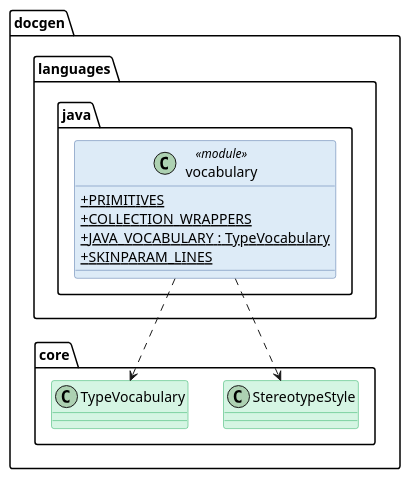
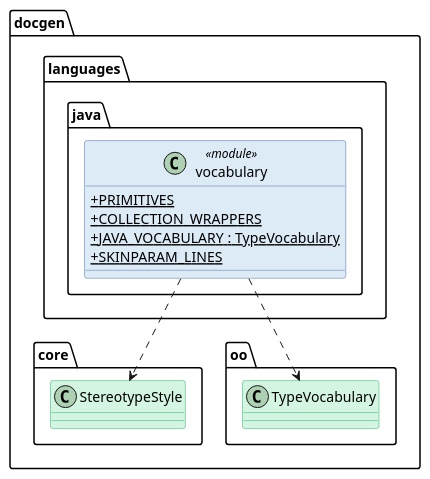
Before and after one commit to Boulede987/DocGeneration: the diagram in docs/Modelisation/ClassDiagram-Full/docgen/languages/java/vocabulary.puml, drawn with PlantUML. The commit also changed 129 other files, not shown here.

First line of the commit message:
refactor(core): make the core a pure UML model; languages compute relations

```diff
--- a/docs/Modelisation/ClassDiagram-Full/docgen/languages/java/vocabulary.puml
+++ b/docs/Modelisation/ClassDiagram-Full/docgen/languages/java/vocabulary.puml
@@ -1,47 +1,47 @@
 @startuml vocabulary
 
 skinparam classAttributeIconSize 0
 skinparam shadowing false
 
 skinparam class {
   BackgroundColor<<interface>> #D6EAF8
   BorderColor<<interface>> #2E86C1
 }
 skinparam class {
   BackgroundColor<<abstract>> #E8DAEF
   BorderColor<<abstract>> #8E44AD
 }
 skinparam class {
   BackgroundColor #D5F5E3
   BorderColor #27AE60
 }
 skinparam class {
   BackgroundColor<<dataclass>> #FCF3CF
   BorderColor<<dataclass>> #B7950B
 }
 skinparam class {
   BackgroundColor<<module>> #DDEBF7
   BorderColor<<module>> #4A6FA5
 }
 skinparam class {
   BackgroundColor<<static>> #a7faa0
   BorderColor<<static>> #38d610
 }
 skinparam class {
   BackgroundColor<<enum>> #F5B7B1
   BorderColor<<enum>> #C0392B
 }
 
 namespace docgen.languages.java {
 class vocabulary <<module>> {
   + {static} PRIMITIVES
   + {static} COLLECTION_WRAPPERS
   + {static} JAVA_VOCABULARY : TypeVocabulary
   + {static} SKINPARAM_LINES
 }
 }
 
 docgen.languages.java.vocabulary ..> docgen.core.StereotypeStyle
-docgen.languages.java.vocabulary ..> docgen.core.TypeVocabulary
+docgen.languages.java.vocabulary ..> docgen.oo.TypeVocabulary
 
 @enduml
```
